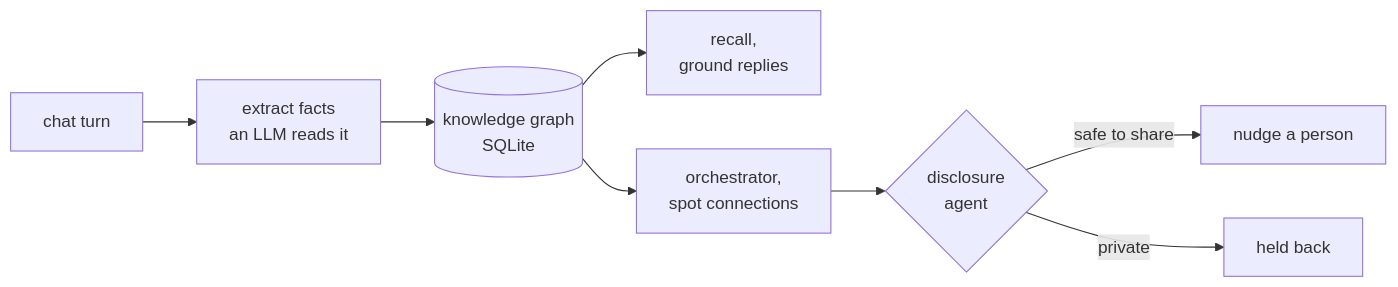
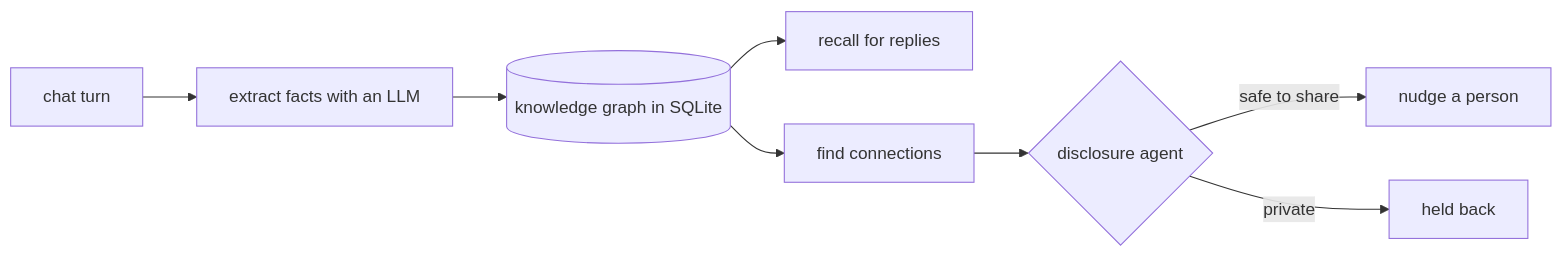
The second of 2 diagrams in README.md (katipally/Hive), drawn with Mermaid before and after one commit. The commit also changed other lines of this file and 5 other files, not shown here.

First line of the commit message:
docs: real screenshots, valid mermaid, less emoji in README

````diff
--- a/README.md
+++ b/README.md
@@ -72,10 +71,10 @@
 ```mermaid
 flowchart LR
-  T["chat turn"] --> E["extract facts<br/>an LLM reads it"]
-  E --> G[("knowledge graph<br/>SQLite")]
-  G --> R["recall,<br/>ground replies"]
-  G --> O["orchestrator,<br/>spot connections"]
-  O --> DA{"disclosure<br/>agent"}
-  DA -->|"safe to share"| N["nudge a person"]
-  DA -->|"private"| X["held back"]
+  T[chat turn] --> E[extract facts with an LLM]
+  E --> G[(knowledge graph in SQLite)]
+  G --> R[recall for replies]
+  G --> O[find connections]
+  O --> DA{disclosure agent}
+  DA -->|safe to share| N[nudge a person]
+  DA -->|private| X[held back]
 ```
````
